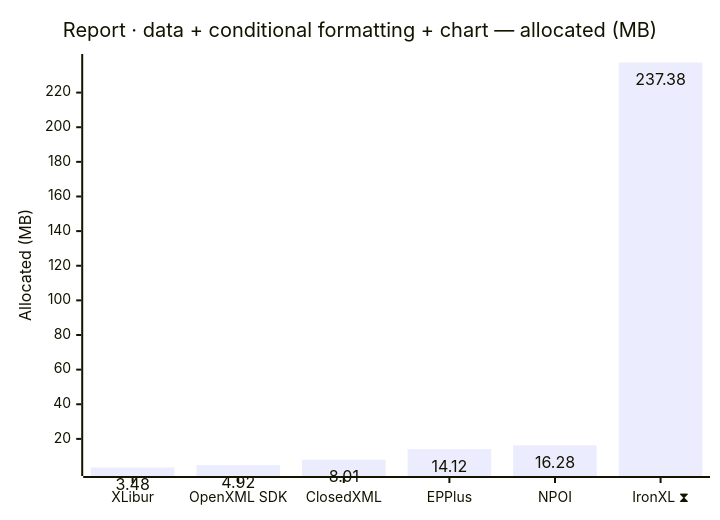
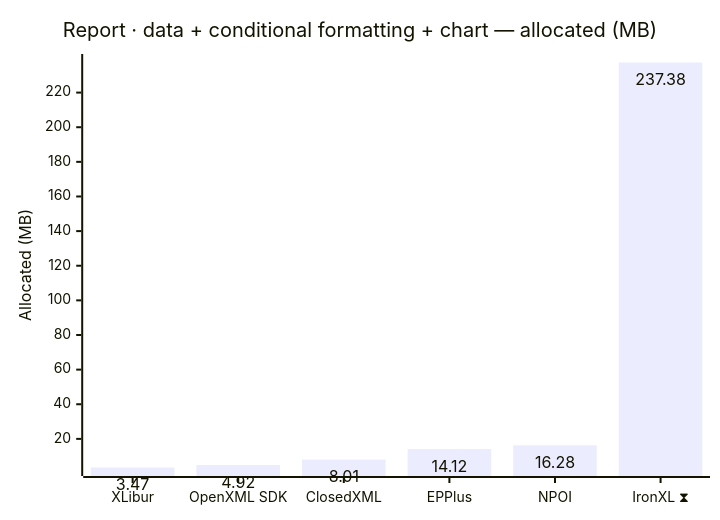
The eighth of 12 diagrams in docs/results-ci.md (jafin/XLBench), drawn with Mermaid before and after one commit. The commit also changed other lines of this file, not shown here.

````diff
--- a/docs/results-ci.md
+++ b/docs/results-ci.md
@@ -132,12 +132,12 @@
 ```mermaid
 ---
 config:
   xyChart:
     showDataLabel: true
 ---
 xychart-beta
     title "Report · data + conditional formatting + chart — allocated (MB)"
     x-axis ["XLibur", "OpenXML SDK", "ClosedXML", "EPPlus", "NPOI", "IronXL ⧗"]
     y-axis "Allocated (MB)"
-    bar [3.48, 4.92, 8.01, 14.12, 16.28, 237.38]
+    bar [3.47, 4.92, 8.01, 14.12, 16.28, 237.38]
 ```
````
